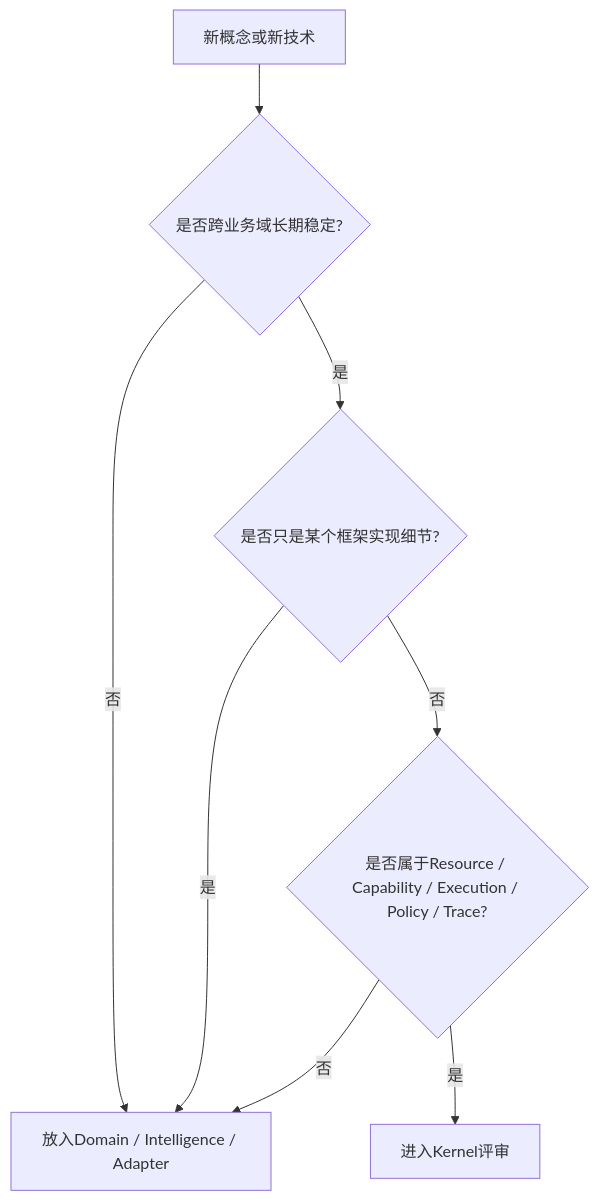
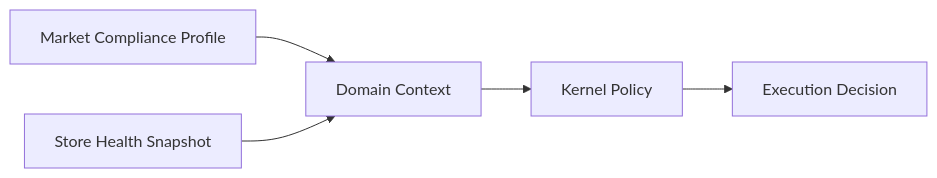
The second of 4 diagrams in architecture/01_PLATFORM_ARCHITECTURE.md (SONG-36/TK_Video_Intelligence_Workbench), drawn with Mermaid before and after one commit. The commit also changed other lines of this file and 9 other files, not shown here.

````diff
--- a/architecture/01_PLATFORM_ARCHITECTURE.md
+++ b/architecture/01_PLATFORM_ARCHITECTURE.md
@@ -120,10 +148,13 @@
 ```mermaid
-flowchart TB
-    A[新概念或新技术] --> B{是否跨业务域长期稳定?}
-    B -- 否 --> C[放入Domain / Intelligence / Adapter]
-    B -- 是 --> D{是否只是某个框架实现细节?}
-    D -- 是 --> C
-    D -- 否 --> E{是否属于Resource / Capability / Execution / Policy / Trace?}
-    E -- 是 --> F[进入Kernel评审]
-    E -- 否 --> C
+flowchart LR
+    M[Market Compliance Profile]
+    S[Store Health Snapshot]
+    D[Domain Context]
+    P[Kernel Policy]
+    E[Execution Decision]
+
+    M --> D
+    S --> D
+    D --> P
+    P --> E
 ```
````
